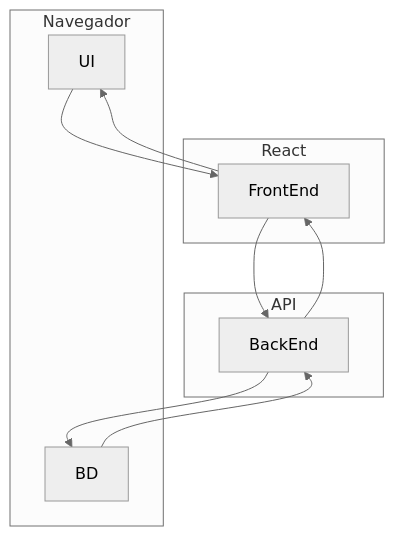
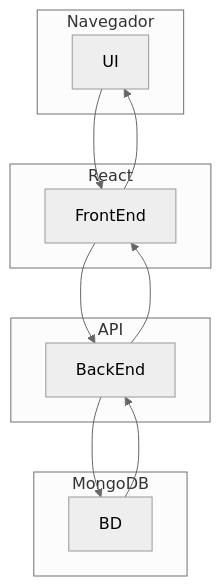
The diagram in README.md (caverzan-louco/CursoFontEnd), drawn with Mermaid (neutral theme) before and after one commit.

````diff
--- a/README.md
+++ b/README.md
@@ -4,25 +4,26 @@
 ```mermaid
 graph TD
     subgraph Cliente["Navegador"]
         UI
     end
     subgraph Front["React"]
         FrontEnd
     end
     subgraph Back["API"]
         BackEnd
     end
-    subgraph Cliente["MongoDB"]
+    subgraph Banco["MongoDB"]
         BD
+
     end
 
     %% fluxo
 
     UI-->FrontEnd
     FrontEnd-->BackEnd
     BackEnd-->BD
     BD-->BackEnd
     BackEnd-->FrontEnd
     FrontEnd-->UI
 
 ```
````
